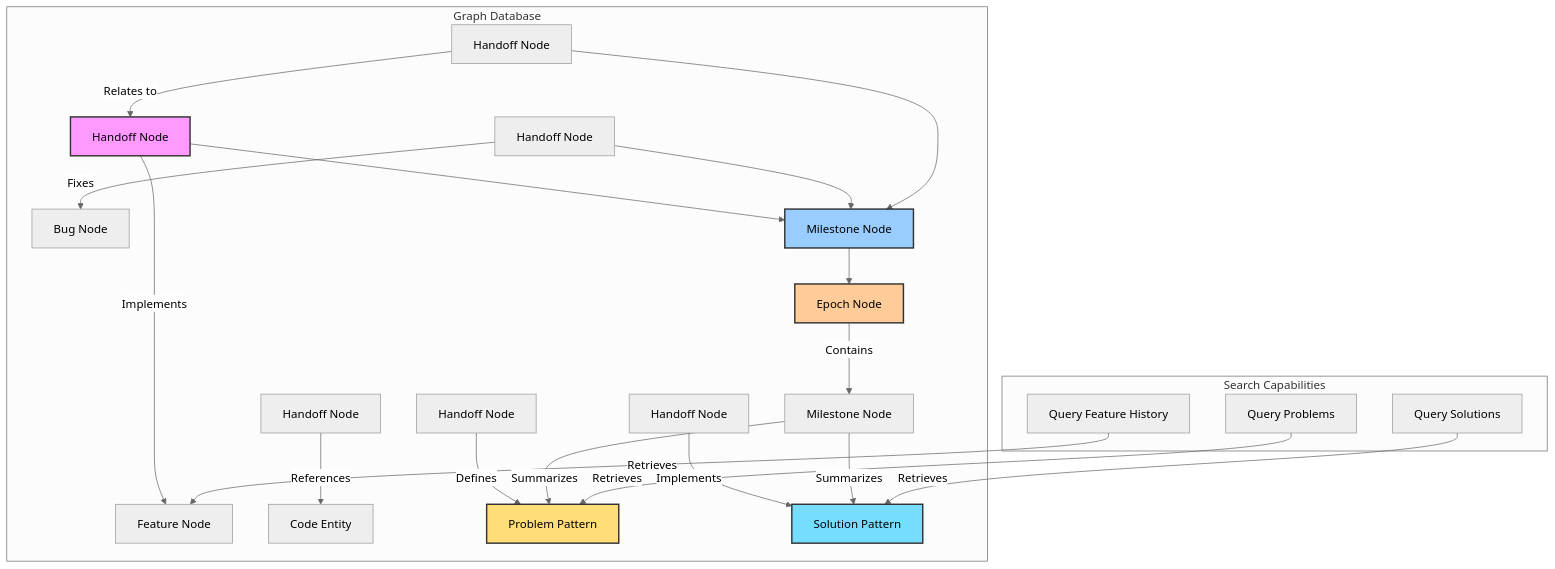
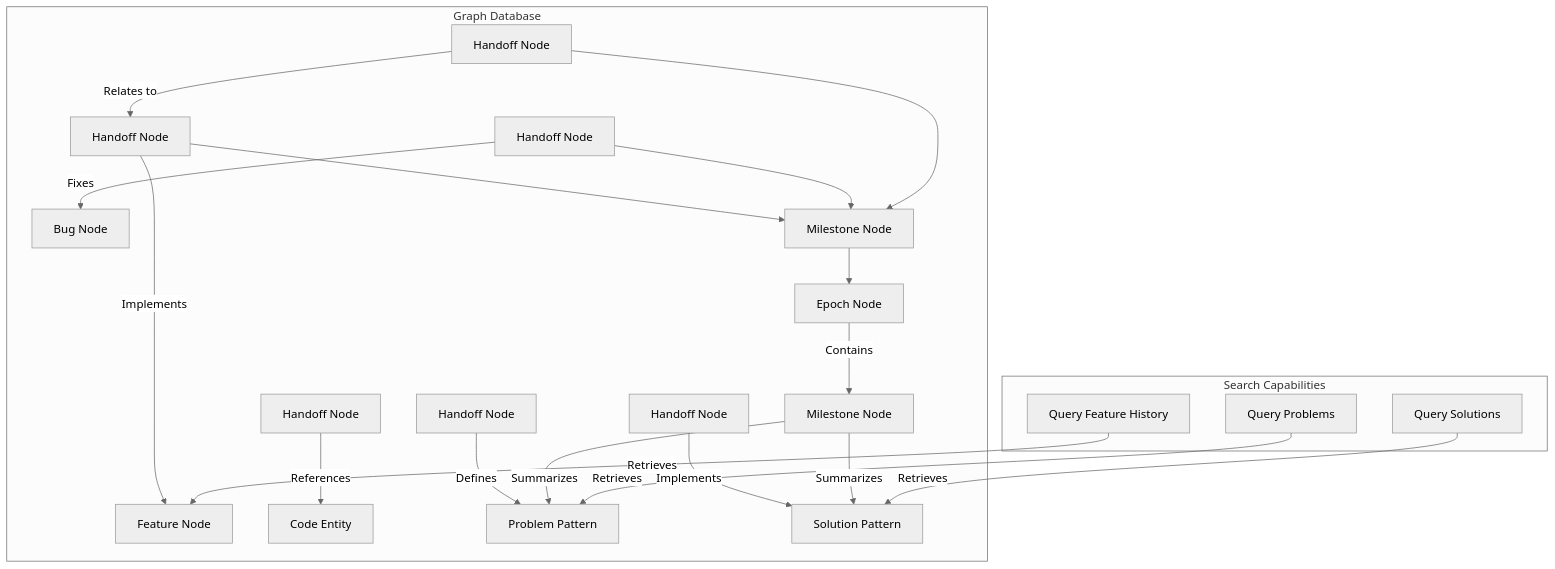
One commit to xlfish233/RooFlow changed the sixth of 6 diagrams in handoffs/handoff-system.md. Above: the diagram before and after it, drawn with Mermaid (neutral theme). The commit also changed other lines of this file and 3 other files, not shown here.

Commit message:
Updated user paths and fixed bad mermaid colors

````diff
--- a/handoffs/handoff-system.md
+++ b/handoffs/handoff-system.md
@@ -331,35 +312,29 @@
 ```mermaid
 graph TD
     subgraph "Graph Database"
         H1[Handoff Node] -->|Implements| F1[Feature Node]
         H2[Handoff Node] -->|Fixes| B1[Bug Node]
         H3[Handoff Node] -->|Relates to| H1
         
         H1 --> M1[Milestone Node]
         H2 --> M1
         H3 --> M1
         
         M1 --> E1[Epoch Node]
         
         H4[Handoff Node] -->|References| C1[Code Entity]
         H5[Handoff Node] -->|Defines| P1[Problem Pattern]
         H6[Handoff Node] -->|Implements| S1[Solution Pattern]
         
         M2[Milestone Node] -->|Summarizes| P1
         M2 -->|Summarizes| S1
         
         E1 -->|Contains| M2
     end
     
     subgraph "Search Capabilities"
         Q1[Query Problems] -->|Retrieves| P1
         Q2[Query Solutions] -->|Retrieves| S1
         Q3[Query Feature History] -->|Retrieves| F1
     end
-    
-    style H1 fill:#f9f,stroke:#333,stroke-width:2px
-    style M1 fill:#9cf,stroke:#333,stroke-width:2px
-    style E1 fill:#fc9,stroke:#333,stroke-width:2px
-    style P1 fill:#fd7,stroke:#333,stroke-width:2px
-    style S1 fill:#7df,stroke:#333,stroke-width:2px
 ```
````
